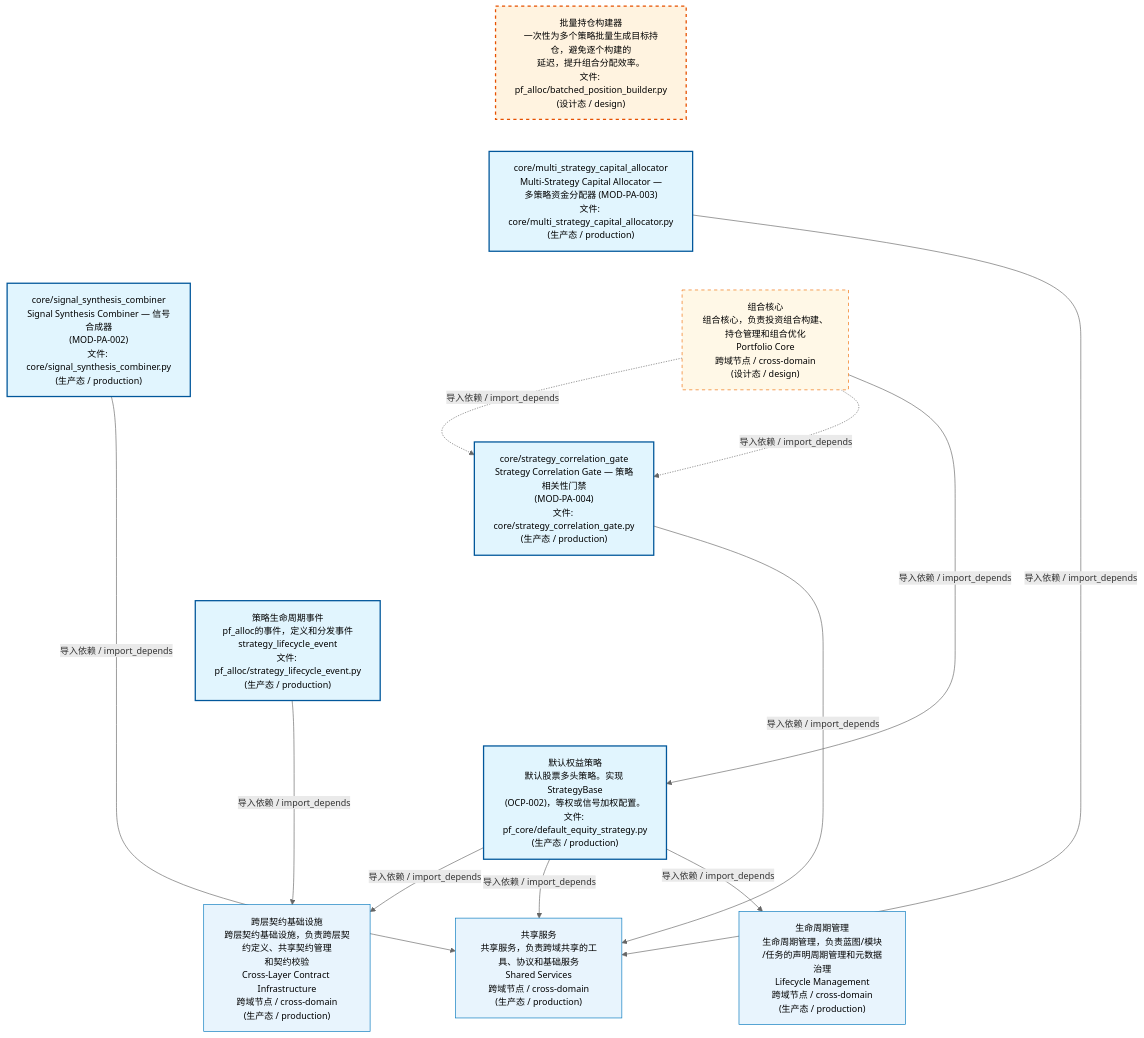
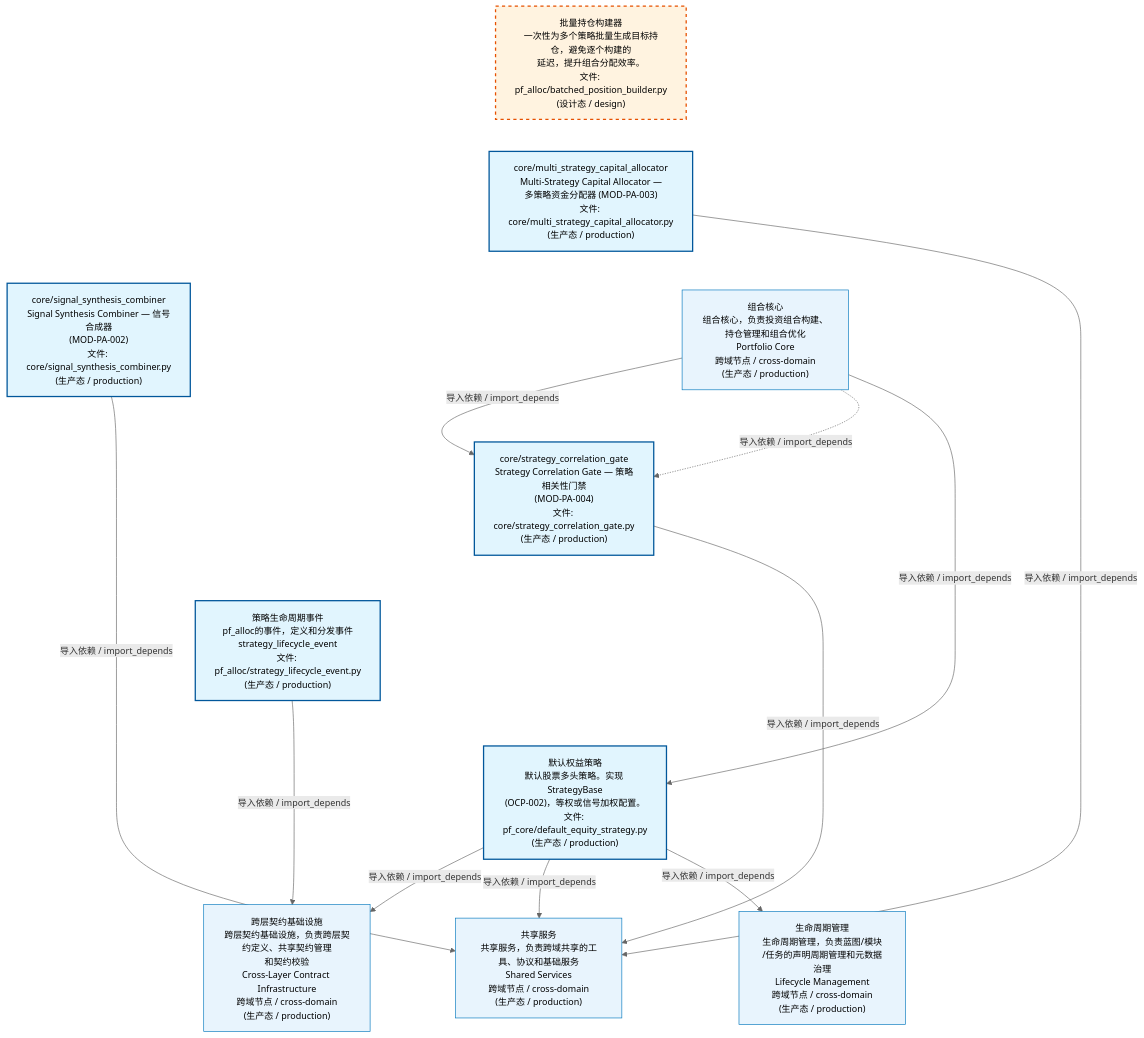
The first of 4 diagrams in docs/02_enterprise_architecture/02_domain_architecture_docs/62_d_pf_alloc.md (xuanFelixVan/ZephyrAlpha), drawn with Mermaid before and after one commit. The commit also changed other lines of this file and 48 other files, not shown here.

````diff
--- a/docs/02_enterprise_architecture/02_domain_architecture_docs/62_d_pf_alloc.md
+++ b/docs/02_enterprise_architecture/02_domain_architecture_docs/62_d_pf_alloc.md
@@ -53,37 +53,36 @@
 ```mermaid
 %%{init: {'theme': 'base', 'themeVariables': {'primaryColor': '#eaeaea', 'primaryTextColor': '#333333', 'primaryBorderColor': '#666666', 'lineColor': '#666666', 'secondaryColor': '#eaeaea', 'tertiaryColor': '#eaeaea', 'fontSize': '14px'}}}%%
 flowchart TD
     src_zephyr_pf_alloc_batched_position_builder_py["批量持仓构建器<br/>一次性为多个策略批量生成目标持仓，避免逐个构建的<br/>延迟，提升组合分配效率。<br/>文件: pf_alloc/batched_position_builder.py<br/>(设计态 / design)"]
     src_zephyr_pf_alloc_core_multi_strategy_capital_allocator_py["core/multi_strategy_capital_allocator<br/>Multi-Strategy Capital Allocator —<br/>多策略资金分配器 (MOD-PA-003)<br/>文件: core/multi_strategy_capital_allocator.py<br/>(生产态 / production)"]
     src_zephyr_pf_alloc_core_signal_synthesis_combiner_py["core/signal_synthesis_combiner<br/>Signal Synthesis Combiner — 信号合成器<br/>(MOD-PA-002)<br/>文件: core/signal_synthesis_combiner.py<br/>(生产态 / production)"]
     src_zephyr_pf_alloc_core_strategy_correlation_gate_py["core/strategy_correlation_gate<br/>Strategy Correlation Gate — 策略相关性门禁<br/>(MOD-PA-004)<br/>文件: core/strategy_correlation_gate.py<br/>(生产态 / production)"]
     src_zephyr_pf_alloc_strategy_lifecycle_event_py["策略生命周期事件<br/>pf_alloc的事件，定义和分发事件<br/>strategy_lifecycle_event<br/>文件: pf_alloc/strategy_lifecycle_event.py<br/>(生产态 / production)"]
     src_zephyr_pf_core_default_equity_strategy_py["默认权益策略<br/>默认股票多头策略。实现 StrategyBase<br/>(OCP-002)，等权或信号加权配置。<br/>文件: pf_core/default_equity_strategy.py<br/>(生产态 / production)"]
     src_zephyr_pf_alloc_batched_position_builder_py ~~~ src_zephyr_pf_alloc_core_multi_strategy_capital_allocator_py
     src_zephyr_pf_alloc_core_multi_strategy_capital_allocator_py ~~~ src_zephyr_pf_alloc_core_signal_synthesis_combiner_py
     src_zephyr_pf_alloc_core_signal_synthesis_combiner_py ~~~ src_zephyr_pf_alloc_core_strategy_correlation_gate_py
     src_zephyr_pf_alloc_core_strategy_correlation_gate_py ~~~ src_zephyr_pf_alloc_strategy_lifecycle_event_py
     src_zephyr_pf_alloc_strategy_lifecycle_event_py ~~~ src_zephyr_pf_core_default_equity_strategy_py
     D_SHARED["共享服务<br/>共享服务，负责跨域共享的工具、协议和基础服务<br/>Shared Services<br/>跨域节点 / cross-domain<br/>(生产态 / production)"]
     src_zephyr_pf_alloc_core_strategy_correlation_gate_py -->|导入依赖 / import_depends| D_SHARED
     src_zephyr_pf_alloc_core_multi_strategy_capital_allocator_py -->|导入依赖 / import_depends| D_SHARED
-    src_zephyr_pf_alloc_core_signal_synthesis_combiner_py -->|导入依赖 / import_depends| D_SHARED
     D_INFRASTRUCTURE["跨层契约基础设施<br/>跨层契约基础设施，负责跨层契约定义、共享契约管理<br/>和契约校验<br/>Cross-Layer Contract Infrastructure<br/>跨域节点 / cross-domain<br/>(生产态 / production)"]
     src_zephyr_pf_core_default_equity_strategy_py -->|导入依赖 / import_depends| D_INFRASTRUCTURE
+    src_zephyr_pf_alloc_core_signal_synthesis_combiner_py -->|导入依赖 / import_depends| D_SHARED
     src_zephyr_pf_alloc_strategy_lifecycle_event_py -->|导入依赖 / import_depends| D_INFRASTRUCTURE
     src_zephyr_pf_core_default_equity_strategy_py -->|导入依赖 / import_depends| D_SHARED
     D_GOVERNANCE["生命周期管理<br/>生命周期管理，负责蓝图/模块<br/>/任务的声明周期管理和元数据治理<br/>Lifecycle Management<br/>跨域节点 / cross-domain<br/>(生产态 / production)"]
     src_zephyr_pf_core_default_equity_strategy_py -->|导入依赖 / import_depends| D_GOVERNANCE
-    D_PF_CORE["组合核心<br/>组合核心，负责投资组合构建、持仓管理和组合优化<br/>Portfolio Core<br/>跨域节点 / cross-domain<br/>(设计态 / design)"]
-    D_PF_CORE -.->|导入依赖 / import_depends| src_zephyr_pf_alloc_core_strategy_correlation_gate_py
+    D_PF_CORE["组合核心<br/>组合核心，负责投资组合构建、持仓管理和组合优化<br/>Portfolio Core<br/>跨域节点 / cross-domain<br/>(生产态 / production)"]
+    D_PF_CORE -->|导入依赖 / import_depends| src_zephyr_pf_alloc_core_strategy_correlation_gate_py
     D_PF_CORE -.->|导入依赖 / import_depends| src_zephyr_pf_alloc_core_strategy_correlation_gate_py
     D_PF_CORE -->|导入依赖 / import_depends| src_zephyr_pf_core_default_equity_strategy_py
     classDef production fill:#e1f5fe,stroke:#01579b,stroke-width:2px,color:#000
     classDef design fill:#fff3e0,stroke:#e65100,stroke-width:2px,color:#000,stroke-dasharray: 5 5
     classDef external_prod fill:#e8f4fd,stroke:#0277bd,stroke-width:1px,color:#000
     classDef external_design fill:#fff8e7,stroke:#ef6c00,stroke-width:1px,color:#000,stroke-dasharray: 5 5
     class src_zephyr_pf_alloc_core_multi_strategy_capital_allocator_py,src_zephyr_pf_alloc_core_signal_synthesis_combiner_py,src_zephyr_pf_alloc_core_strategy_correlation_gate_py,src_zephyr_pf_alloc_strategy_lifecycle_event_py,src_zephyr_pf_core_default_equity_strategy_py production
     class src_zephyr_pf_alloc_batched_position_builder_py design
-    class D_SHARED,D_INFRASTRUCTURE,D_GOVERNANCE external_prod
-    class D_PF_CORE external_design
+    class D_SHARED,D_INFRASTRUCTURE,D_GOVERNANCE,D_PF_CORE external_prod
 ```
````
